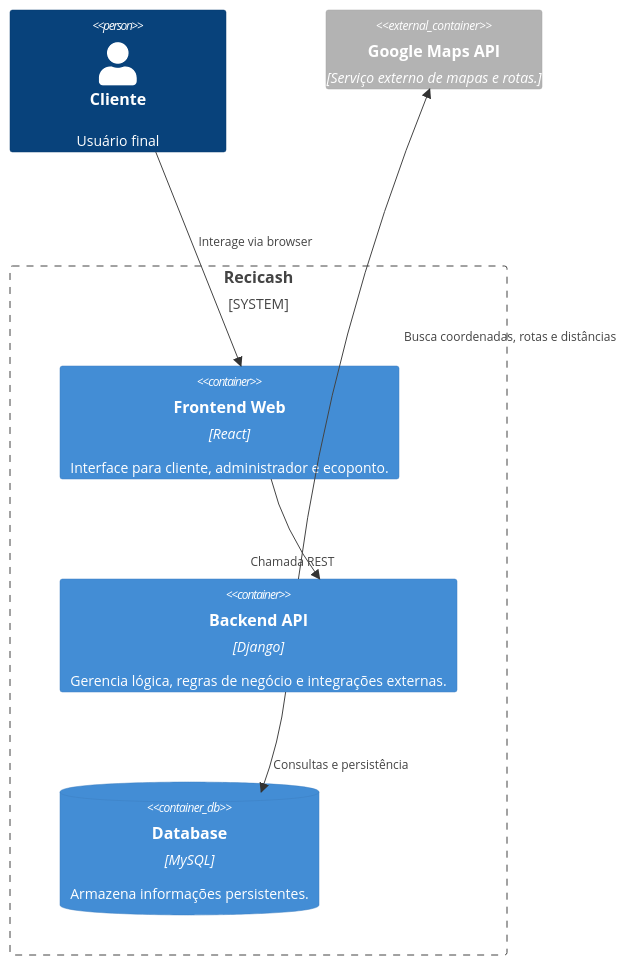
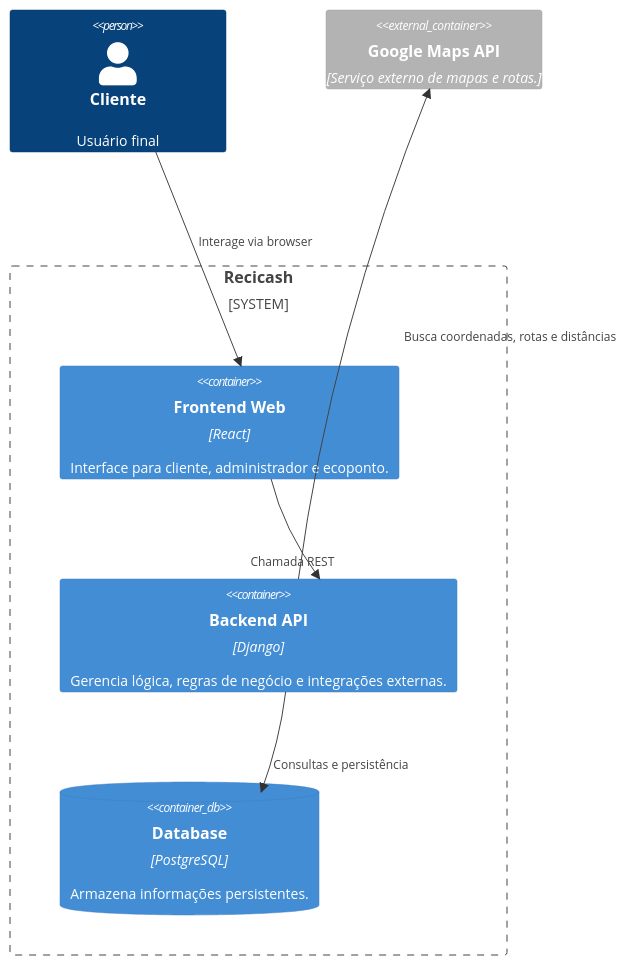
Before and after one commit to recicash-app/recicash: the diagram in docs/architecture/diagrams/container-diagram.md, drawn with Mermaid. The commit also changed 2 other files, not shown here.

Commit message:
fix: update database references from MySQL to PostgreSQL in architecture diagrams

`````diff
--- a/docs/architecture/diagrams/container-diagram.md
+++ b/docs/architecture/diagrams/container-diagram.md
@@ -3,24 +3,25 @@
 ```mermaid
+%%{init: {"theme":"base", "themeVariables":{"background":"#ffffff"}}}%%
 C4Container
 
     Person(cliente, "Cliente", "Usuário final")
     
     System_Boundary(RecicashSystem, "Recicash") {
         Container(frontend, "Frontend Web", "React", "Interface para cliente, administrador e ecoponto.")
         Container(backend, "Backend API", "Django", "Gerencia lógica, regras de negócio e integrações externas.")
-        ContainerDb(database, "Database", "MySQL", "Armazena informações persistentes.")
+        ContainerDb(database, "Database", "PostgreSQL", "Armazena informações persistentes.")
     }
 
     Container_Ext(google, "Google Maps API", "Serviço externo de mapas e rotas.")
 
     Rel(cliente, frontend, "Interage via browser")
     Rel(frontend, backend, "Chamada REST")
     Rel(backend, database, "Consultas e persistência")
     Rel(backend, google, "Busca coordenadas, rotas e distâncias")
 
     UpdateLayoutConfig($c4ShapeInRow="2")
     UpdateRelStyle(cliente, frontend, $offsetY="-20")
     UpdateRelStyle(frontend, backend, $offsetX="-45", $offsetY="30")
     UpdateRelStyle(backend, database, $offsetY="20")
     UpdateRelStyle(backend, google, $offsetX="40")
 ````
`````
